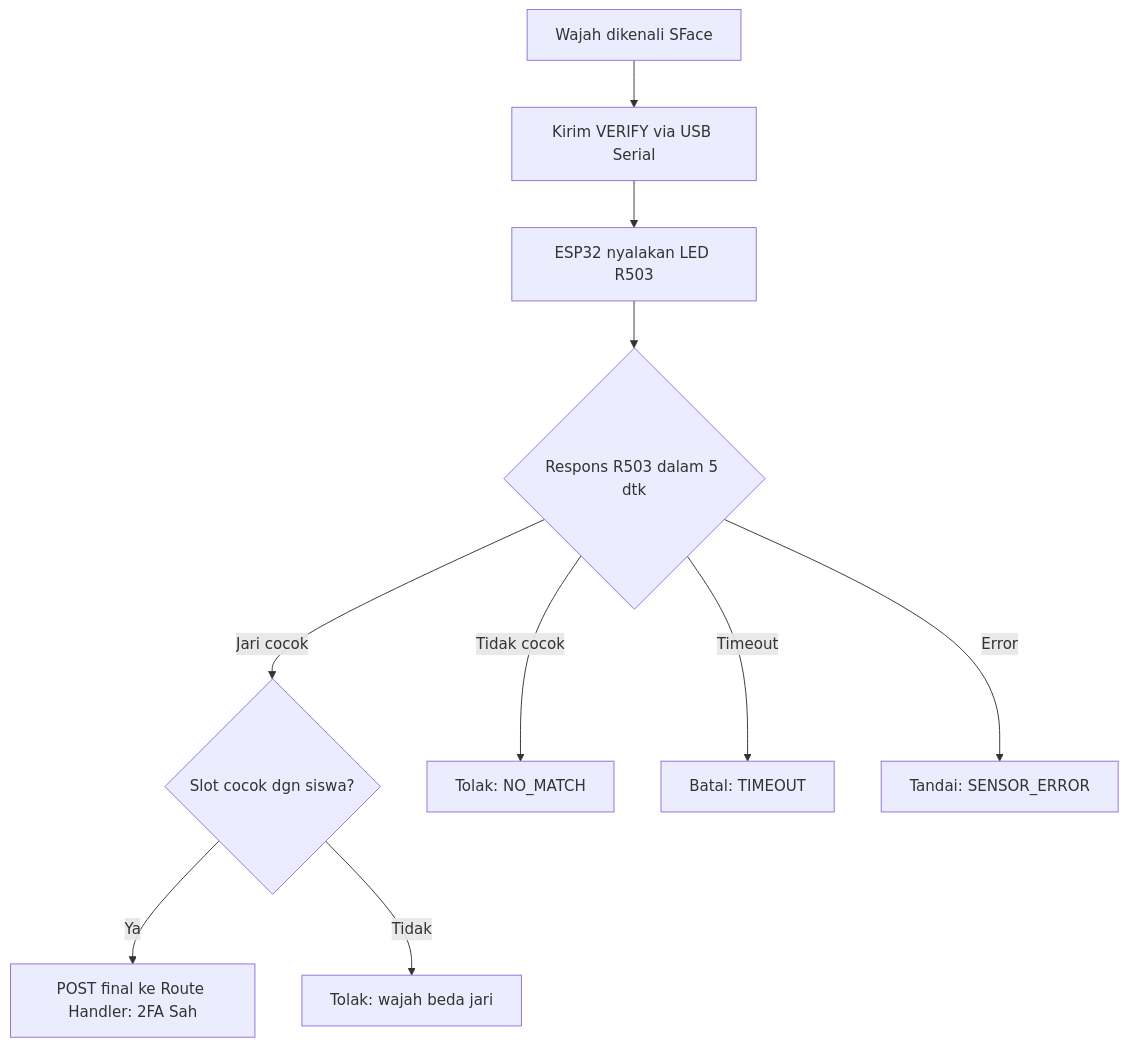
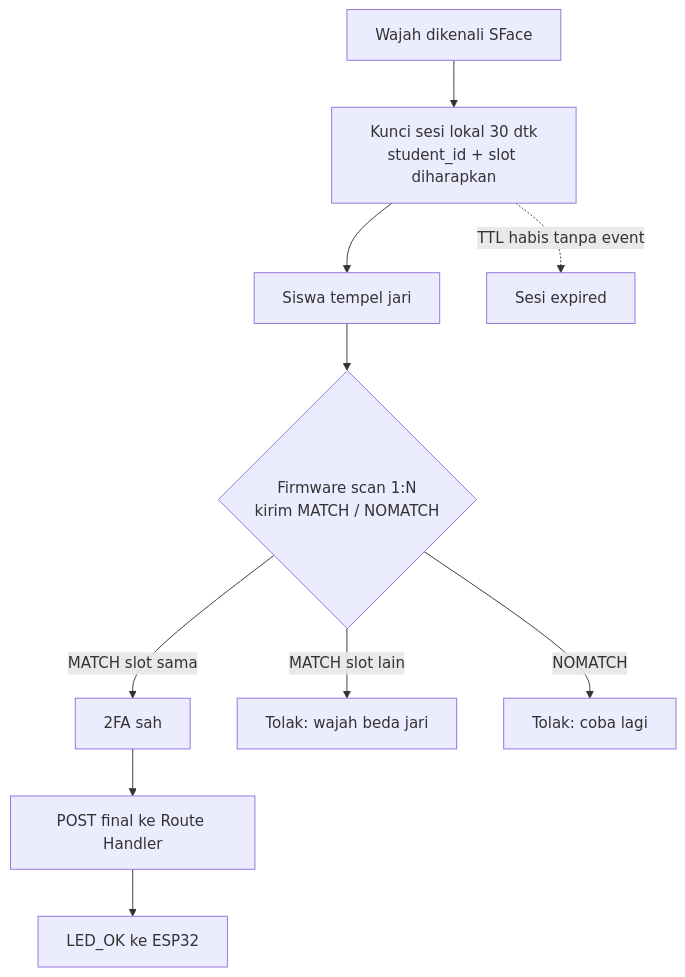
One commit to DandiKurnia/ProyekSK changed the diagram in ObsidianAllProgramSK/docs/fingerprint.md. Above: the diagram before and after it, drawn with Mermaid. The commit also changed other lines of this file and 12 other files, not shown here.

First line of the commit message:
docs(fingerprint): sinkron protokol serial ke firmware esp32R503_Serial

````diff
--- a/ObsidianAllProgramSK/docs/fingerprint.md
+++ b/ObsidianAllProgramSK/docs/fingerprint.md
@@ -95,12 +128,12 @@
 ```mermaid
 flowchart TB
-    A[Wajah dikenali SFace] --> B[Kirim VERIFY via USB Serial]
-    B --> C[ESP32 nyalakan LED R503]
-    C --> D{Respons R503 dalam 5 dtk}
-    D -- Jari cocok --> E{Slot cocok dgn siswa?}
-    E -- Ya --> F[POST final ke Route Handler: 2FA Sah]
-    E -- Tidak --> G[Tolak: wajah beda jari]
-    D -- Tidak cocok --> H[Tolak: NO_MATCH]
-    D -- Timeout --> I[Batal: TIMEOUT]
-    D -- Error --> J[Tandai: SENSOR_ERROR]
+    A[Wajah dikenali SFace] --> B[Kunci sesi lokal 30 dtk<br/>student_id + slot diharapkan]
+    B --> C[Siswa tempel jari]
+    C --> D{Firmware scan 1:N<br/>kirim MATCH / NOMATCH}
+    D -- MATCH slot sama --> E[2FA sah]
+    D -- MATCH slot lain --> F[Tolak: wajah beda jari]
+    D -- NOMATCH --> G[Tolak: coba lagi]
+    B -. TTL habis tanpa event .-> H[Sesi expired]
+    E --> I[POST final ke Route Handler]
+    I --> J[LED_OK ke ESP32]
 ```
````
